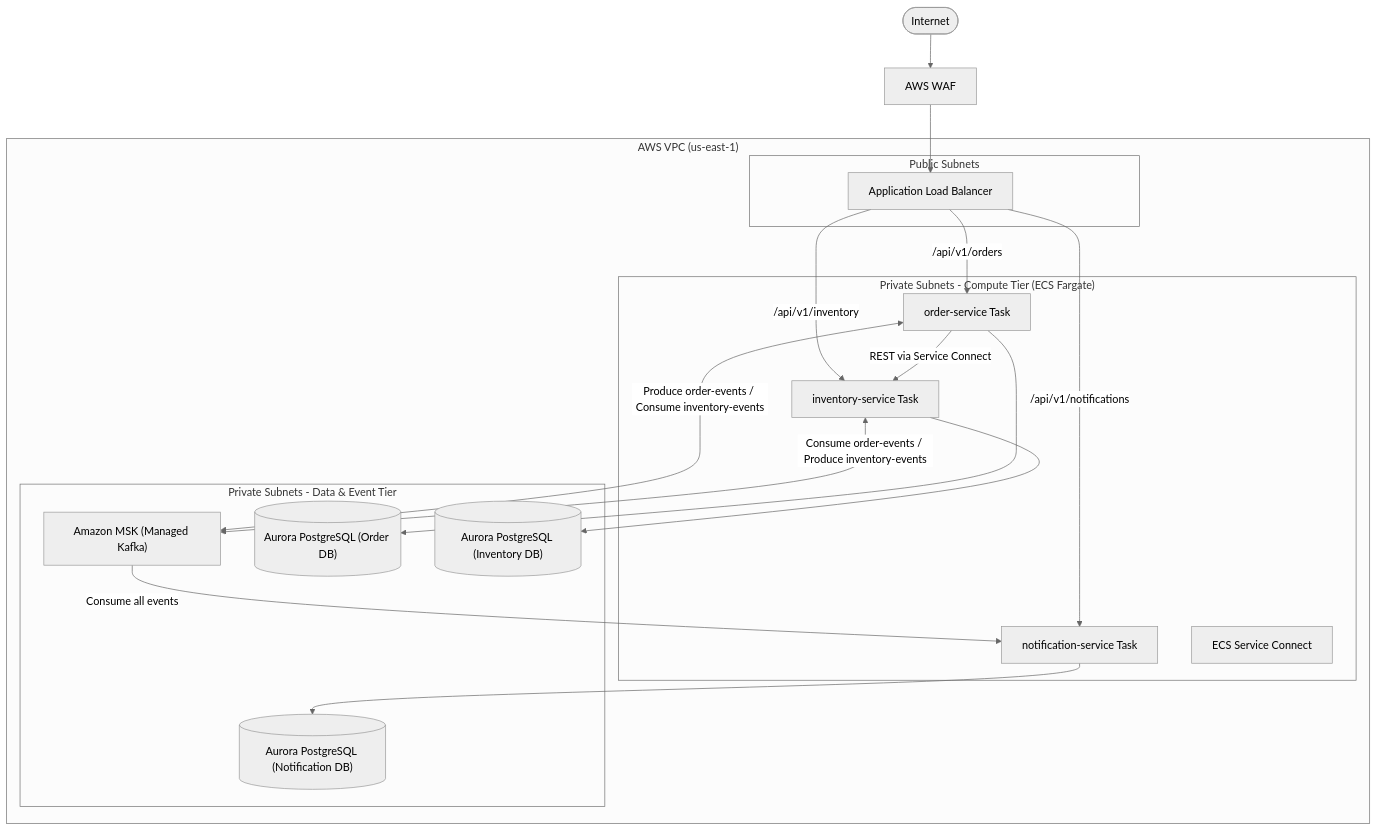
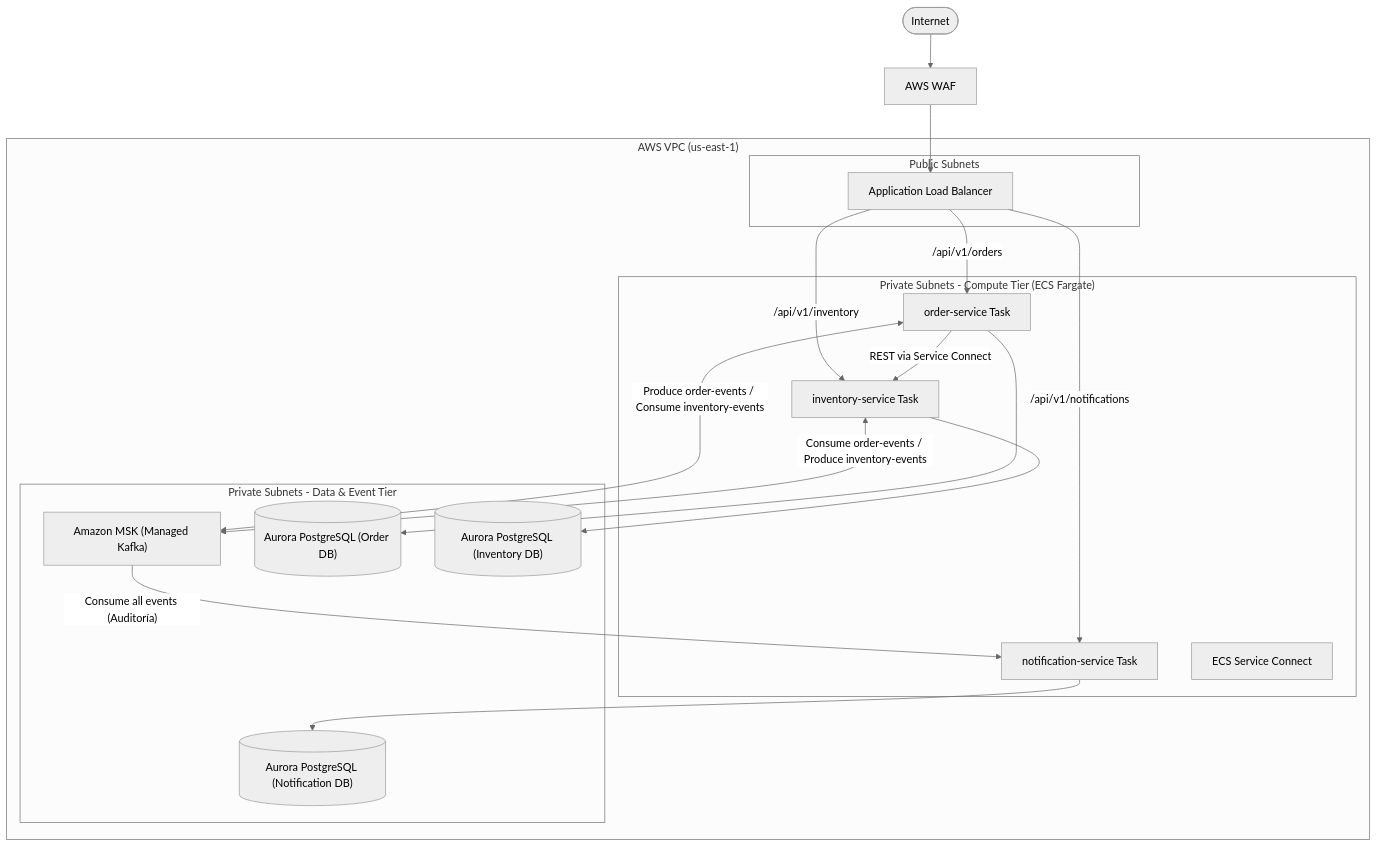
Before and after one commit to soniaGarcia/orderinvent-platform: the fourth of 5 diagrams in architecture.md, drawn with Mermaid (neutral theme). The commit also changed other lines of this file, not shown here.

````diff
--- a/architecture.md
+++ b/architecture.md
@@ -158,37 +158,38 @@
 ```mermaid
 graph TD
     Client(["Internet"]) --> WAF["AWS WAF"]
     WAF --> ALB["Application Load Balancer"]
 
     subgraph VPC ["AWS VPC (us-east-1)"]
         subgraph PublicSubnets ["Public Subnets"]
             ALB
         end
 
         subgraph AppTier ["Private Subnets - Compute Tier (ECS Fargate)"]
             OrderTask["order-service Task"]
             InvTask["inventory-service Task"]
             NotifTask["notification-service Task"]
             SvcConnect["ECS Service Connect"]
         end
 
         subgraph DataTier ["Private Subnets - Data & Event Tier"]
             MSK["Amazon MSK (Managed Kafka)"]
             DB_Order[("Aurora PostgreSQL (Order DB)")]
             DB_Inv[("Aurora PostgreSQL (Inventory DB)")]
             DB_Notif[("Aurora PostgreSQL (Notification DB)")]
         end
     end
 
     ALB -->|"/api/v1/orders"| OrderTask
     ALB -->|"/api/v1/inventory"| InvTask
     ALB -->|"/api/v1/notifications"| NotifTask
+    
     OrderTask -->|"REST via Service Connect"| InvTask
     OrderTask --> DB_Order
     InvTask --> DB_Inv
     NotifTask --> DB_Notif
 
     OrderTask <-->|"Produce order-events / Consume inventory-events"| MSK
     InvTask <-->|"Consume order-events / Produce inventory-events"| MSK
-    MSK -->|"Consume all events"| NotifTask
+    MSK -->|"Consume all events (Auditoría)"| NotifTask
 ```
````
